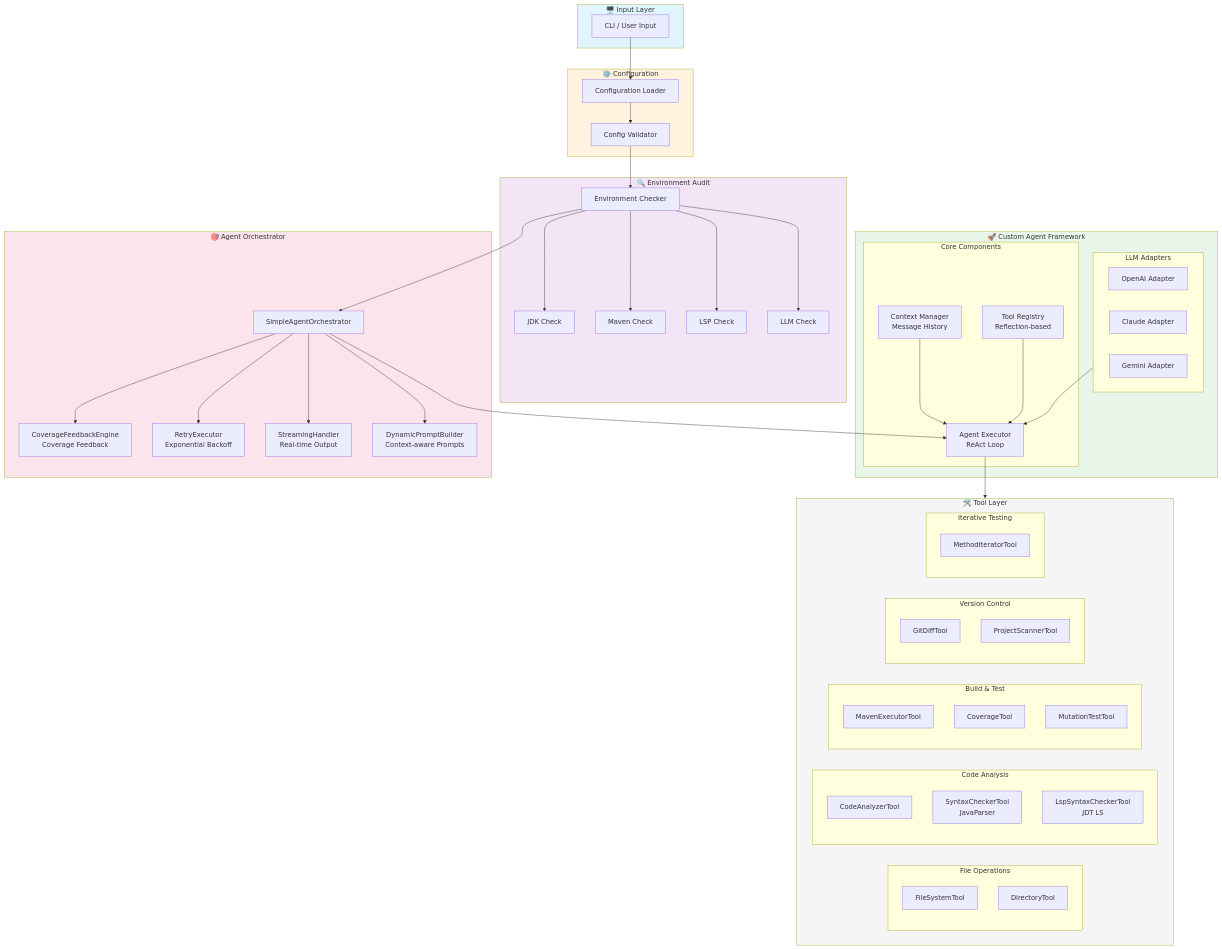
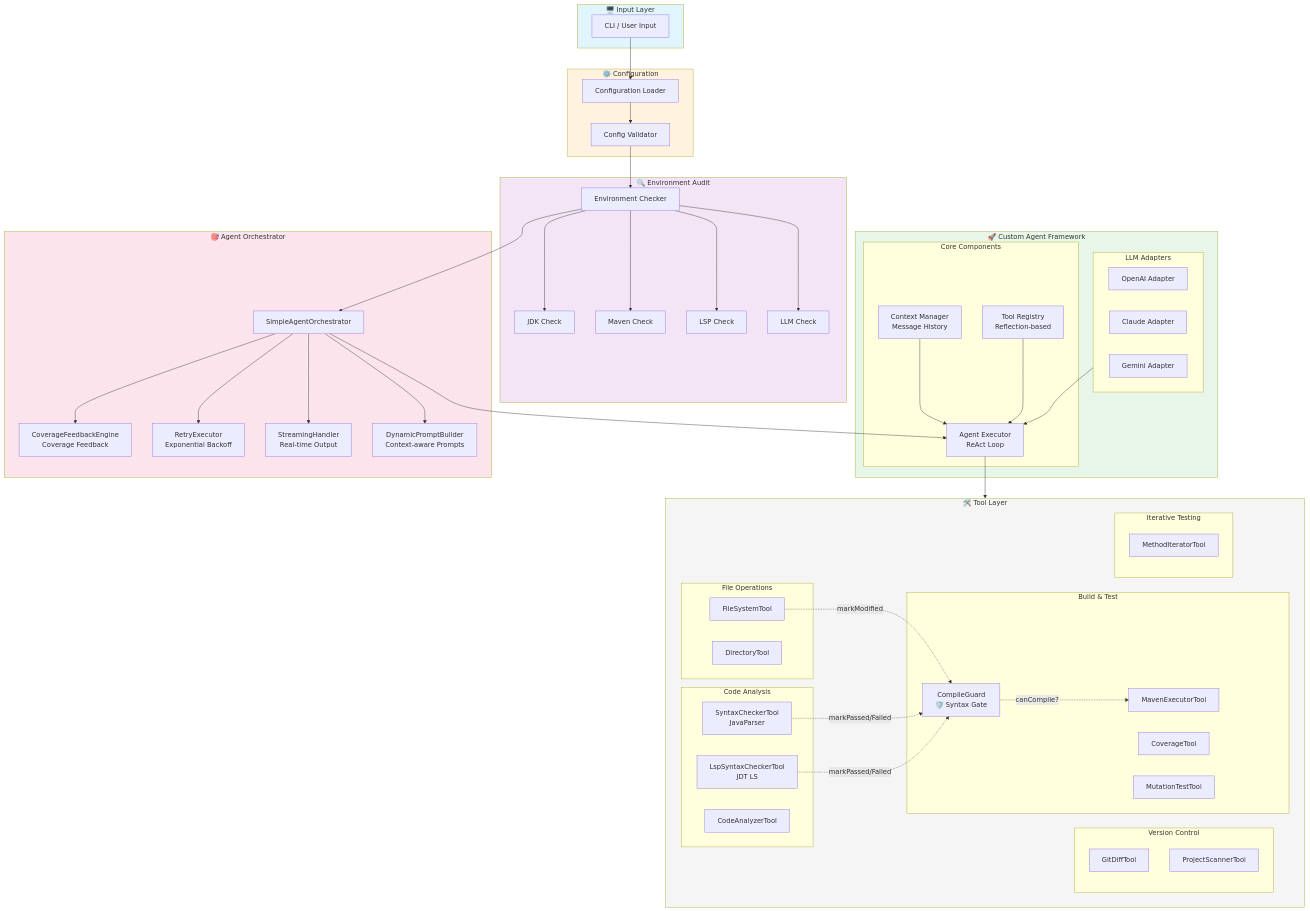
One commit to codelogickeep/unit-test-agent-4j changed the first of 2 diagrams in README.md. Above: the diagram before and after it, drawn with Mermaid. The commit also changed other lines of this file and 10 other files, not shown here.

First line of the commit message:
feat: 添加 CompileGuard 编译守卫机制

```diff
--- a/README.md
+++ b/README.md
@@ -884,6 +904,7 @@
             LSPC[LspSyntaxCheckerTool<br/>JDT LS]
         end
         subgraph BuildTools["Build & Test"]
+            CG[CompileGuard<br/>🛡️ Syntax Gate]
             ME[MavenExecutorTool]
             COV[CoverageTool]
             MUT[MutationTestTool]
@@ -902,6 +923,11 @@
     EA --> SAO
     SAO --> EXE
     EXE --> Tools
+    
+    FS -.->|markModified| CG
+    SC -.->|markPassed/Failed| CG
+    LSPC -.->|markPassed/Failed| CG
+    CG -.->|canCompile?| ME
 
     style Input fill:#e1f5fe
     style Config fill:#fff3e0
```
